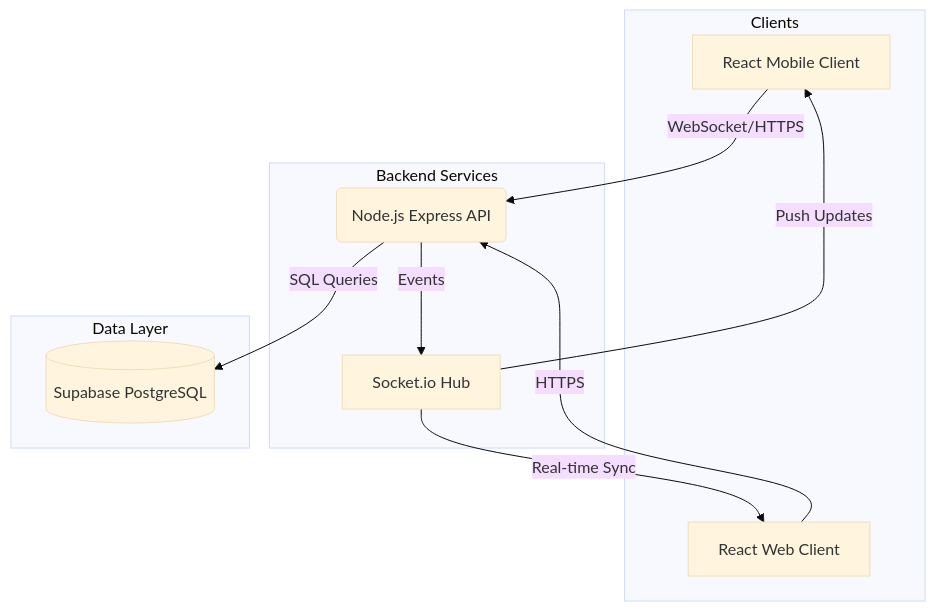
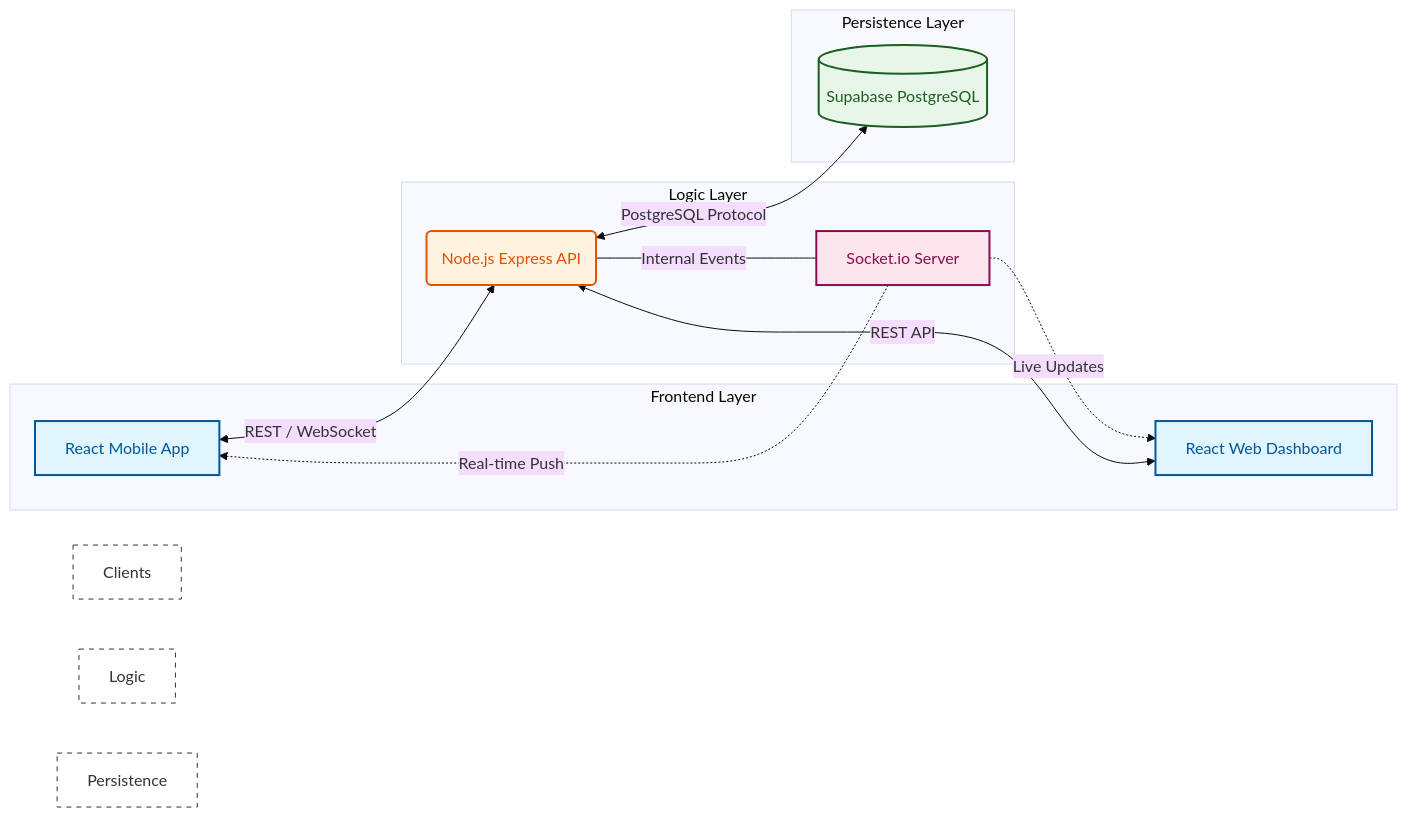
Before and after one commit to aryansondharva/college-management: the diagram in README.md, drawn with Mermaid (base theme). The commit also changed other lines of this file, not shown here.

````diff
--- a/README.md
+++ b/README.md
@@ -106,23 +106,35 @@
 ```mermaid
-graph TD
-    subgraph Clients
-        A[React Mobile Client]
-        C[React Web Client]
+graph LR
+    %% Define Styles
+    classDef client fill:#e1f5fe,stroke:#01579b,stroke-width:2px,color:#01579b;
+    classDef server fill:#fff3e0,stroke:#e65100,stroke-width:2px,color:#e65100;
+    classDef database fill:#e8f5e9,stroke:#1b5e20,stroke-width:2px,color:#1b5e20;
+    classDef realtime fill:#fce4ec,stroke:#880e4f,stroke-width:2px,color:#880e4f;
+
+    subgraph "Frontend Layer"
+        A[React Mobile App]:::client
+        C[React Web Dashboard]:::client
     end
 
-    subgraph Backend Services
-        B(Node.js Express API)
-        E[Socket.io Hub]
+    subgraph "Logic Layer"
+        B(Node.js Express API):::server
+        E[Socket.io Server]:::realtime
     end
 
-    subgraph Data Layer
-        D[(Supabase PostgreSQL)]
+    subgraph "Persistence Layer"
+        D[(Supabase PostgreSQL)]:::database
     end
 
-    A -- WebSocket/HTTPS --> B
-    C -- HTTPS --> B
-    B -- SQL Queries --> D
-    B -- Events --> E
-    E -- Push Updates --> A
-    E -- Real-time Sync --> C
+    %% Connections
+    A <-->|REST / WebSocket| B
+    C <-->|REST API| B
+    B <-->|PostgreSQL Protocol| D
+    B ---|Internal Events| E
+    E -.->|Real-time Push| A
+    E -.->|Live Updates| C
+
+    %% Layout Tuning
+    style Clients fill:none,stroke:#333,stroke-dasharray: 5 5
+    style Logic fill:none,stroke:#333,stroke-dasharray: 5 5
+    style Persistence fill:none,stroke:#333,stroke-dasharray: 5 5
 ```
````
